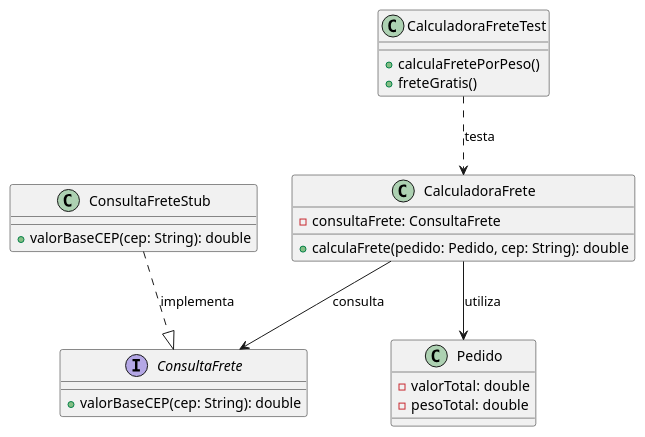
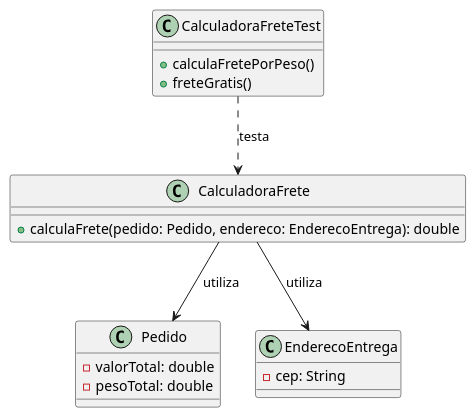
Before and after one commit to raquweel/meu-estudo-vvts: the diagram in lab02/diagramas/unidade.puml, drawn with PlantUML. The commit also changed other lines of this file, not shown here.

Commit message:
atualização do teste de unidade da CalculadoraFrete

```diff
--- a/lab02/diagramas/unidade.puml
+++ b/lab02/diagramas/unidade.puml
@@ -1,31 +1,25 @@
 @startuml unidade
 
 class Pedido {
     - valorTotal: double
     - pesoTotal: double
 }
 
-interface ConsultaFrete {
-    + valorBaseCEP(cep: String): double
-}
-
-class ConsultaFreteStub {
-    + valorBaseCEP(cep: String): double
+class EnderecoEntrega {
+    - cep: String
 }
 
 class CalculadoraFrete {
-    - consultaFrete: ConsultaFrete
-    + calculaFrete(pedido: Pedido, cep: String): double
+    + calculaFrete(pedido: Pedido, endereco: EnderecoEntrega): double
 }
 
 class CalculadoraFreteTest {
     + calculaFretePorPeso()
     + freteGratis()
 }
 
 CalculadoraFreteTest ..> CalculadoraFrete : testa
 CalculadoraFrete --> Pedido : utiliza
-CalculadoraFrete --> ConsultaFrete : consulta
-ConsultaFreteStub ..|> ConsultaFrete : implementa
+CalculadoraFrete --> EnderecoEntrega : utiliza
 
 @enduml
```
